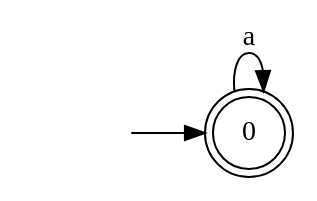
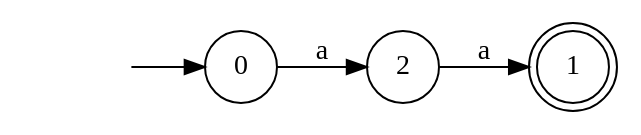
One commit to Faymiaouent/Automa4U changed the diagram in dotfiles/DFA18.dot. Above: the diagram before and after it, drawn with Graphviz. The commit also changed 100 other files, not shown here.

```diff
--- a/dotfiles/DFA18.dot
+++ b/dotfiles/DFA18.dot
@@ -1,7 +1,10 @@
 digraph Automaton {
   rankdir = LR;
-0 [shape=doublecircle]; 
+node [shape=circle];
   initial [shape=plaintext,label=""];
   initial -> 0
-  0 -> 0 [label="a"];
+  0 -> 2 [label="a"];
+1 [shape=doublecircle]; 
+node [shape=circle];
+  2 -> 1 [label="a"];
 }
```
